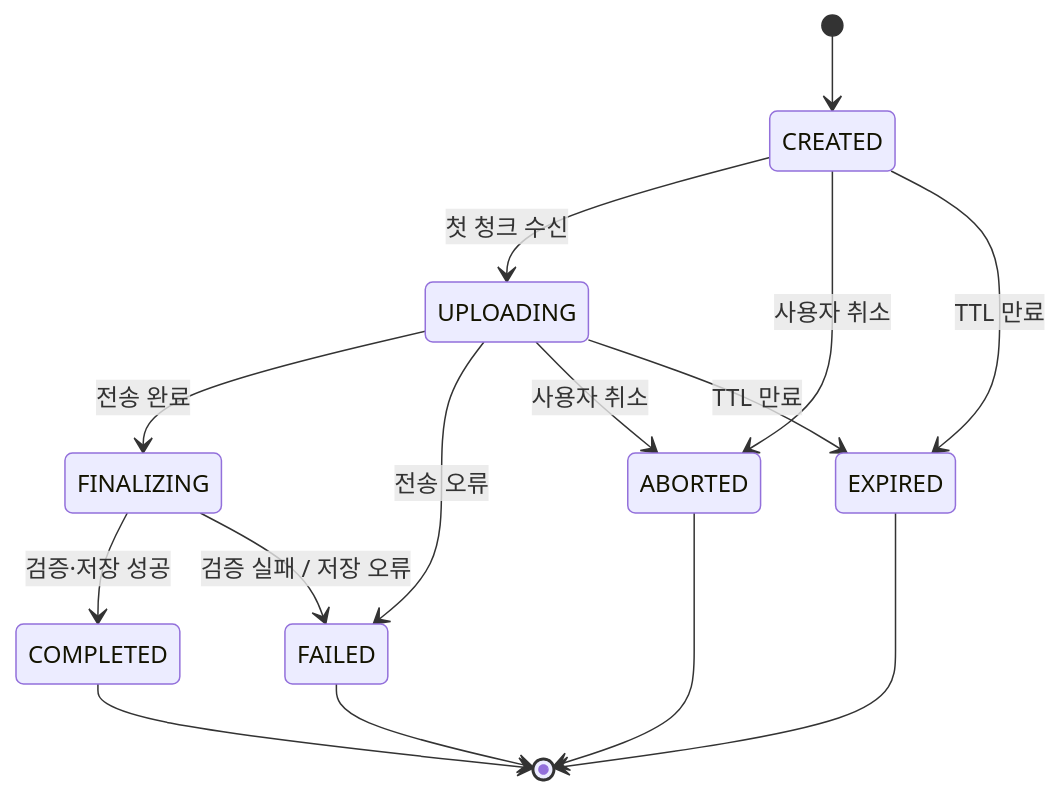
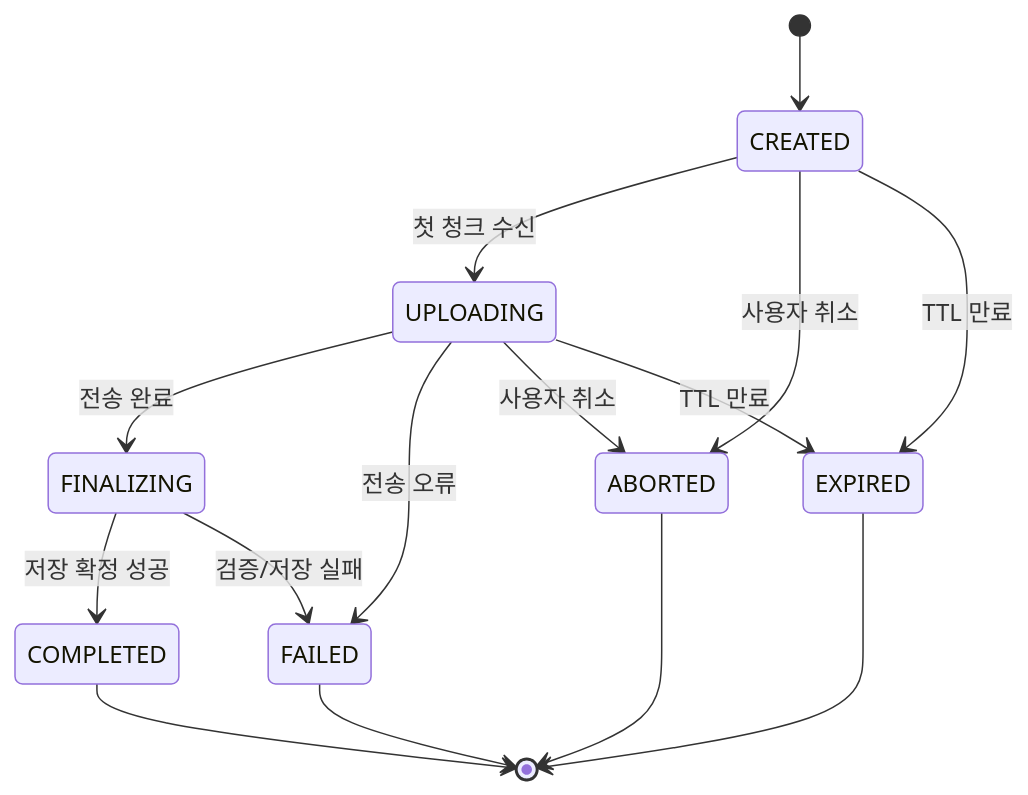
Before and after one commit to Cloud-Sharp/docs: the second of 5 diagrams in docs/설계/db/설계.md, drawn with Mermaid. The commit also changed other lines of this file and 7 other files, not shown here.

````diff
--- a/docs/설계/db/설계.md
+++ b/docs/설계/db/설계.md
@@ -686,20 +817,20 @@
 ```mermaid
 stateDiagram-v2
     [*] --> CREATED
     CREATED --> UPLOADING : 첫 청크 수신
     CREATED --> ABORTED : 사용자 취소
     CREATED --> EXPIRED : TTL 만료
 
     UPLOADING --> FINALIZING : 전송 완료
     UPLOADING --> FAILED : 전송 오류
     UPLOADING --> ABORTED : 사용자 취소
     UPLOADING --> EXPIRED : TTL 만료
 
-    FINALIZING --> COMPLETED : 검증·저장 성공
-    FINALIZING --> FAILED : 검증 실패 / 저장 오류
+    FINALIZING --> COMPLETED : 저장 확정 성공
+    FINALIZING --> FAILED : 검증/저장 실패
 
     COMPLETED --> [*]
     FAILED --> [*]
     ABORTED --> [*]
     EXPIRED --> [*]
 ```
````
